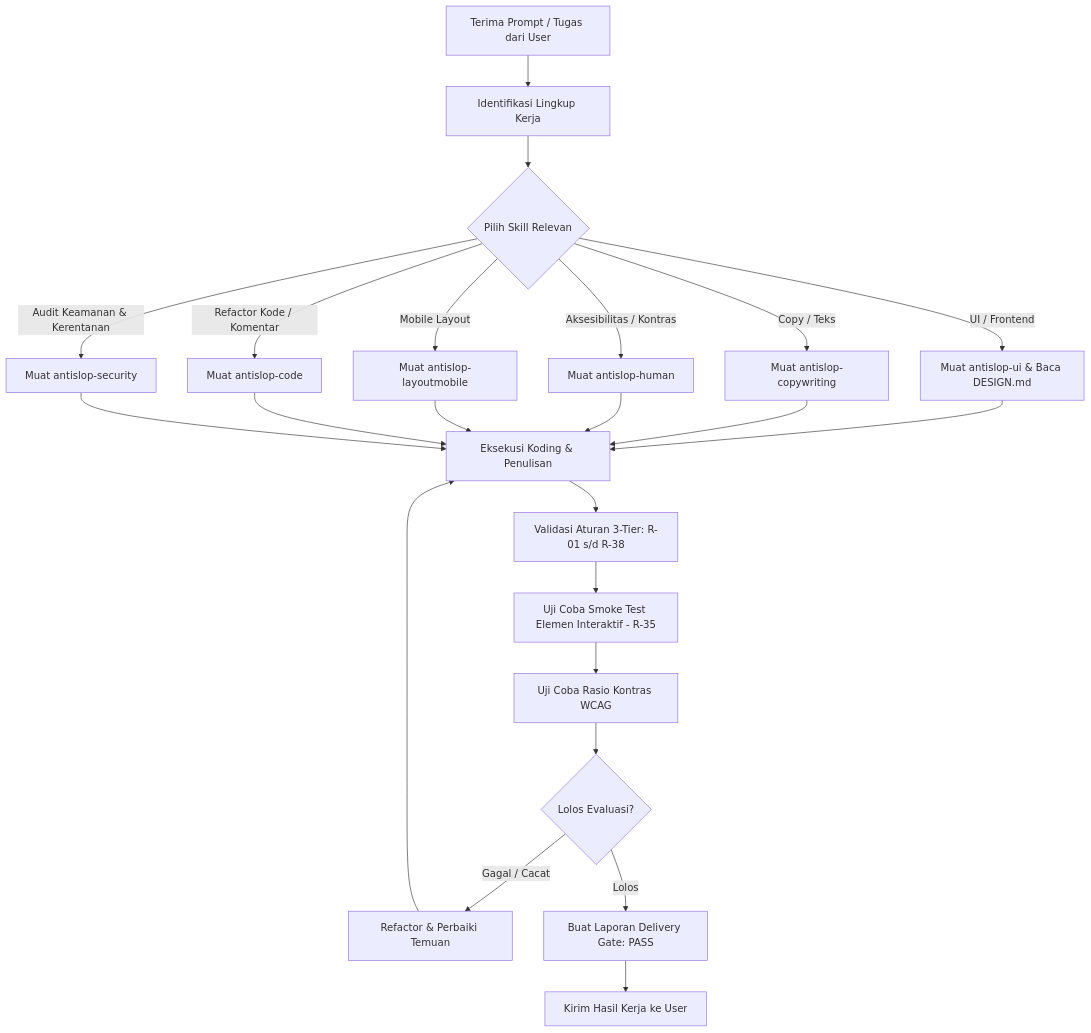
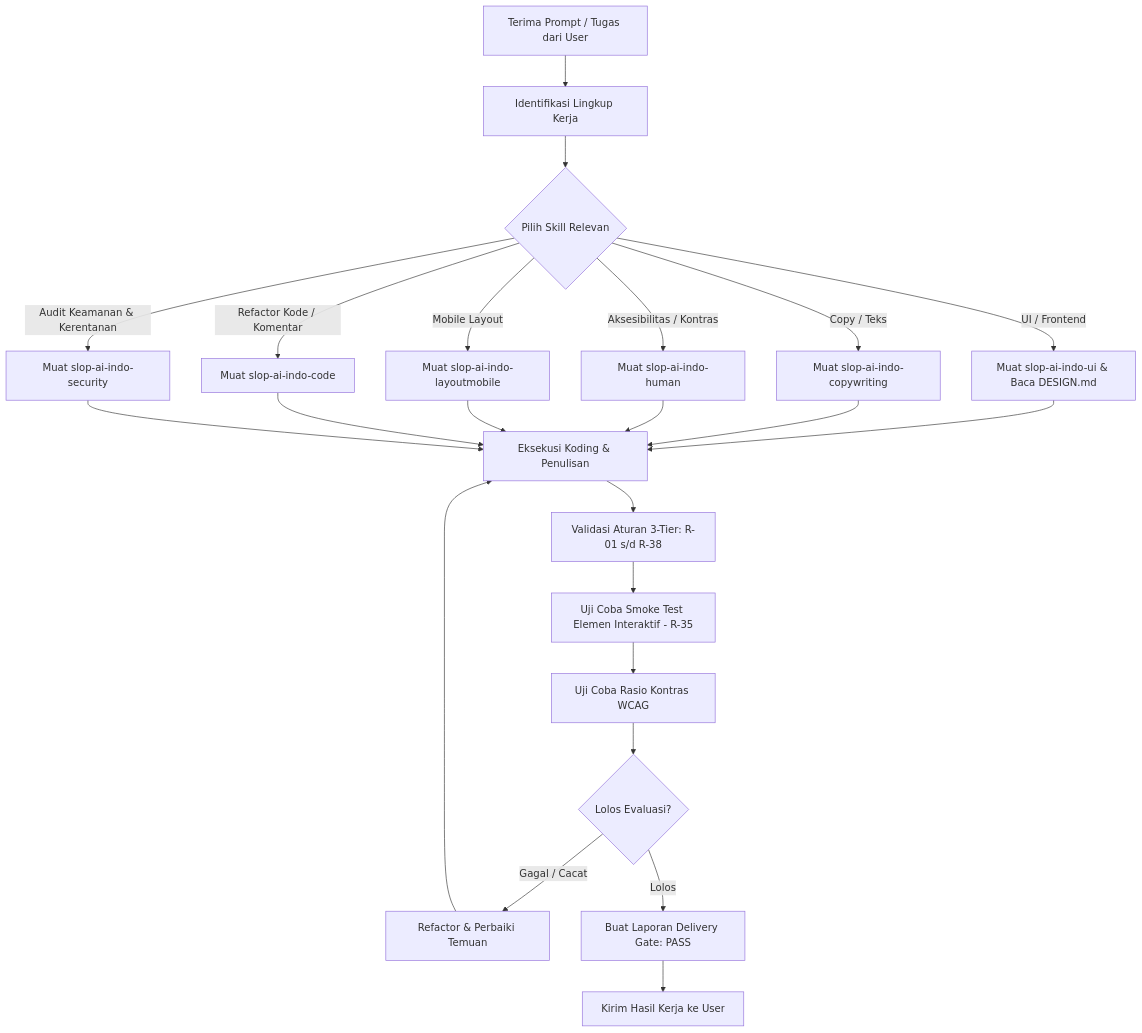
One commit to ynrlabs/slop-ai-indo changed the diagram in WORKFLOW.md. Above: the diagram before and after it, drawn with Mermaid. The commit also changed other lines of this file and 127 other files, not shown here.

````diff
--- a/WORKFLOW.md
+++ b/WORKFLOW.md
@@ -9,21 +9,21 @@
 ```mermaid
 graph TD
     A[Terima Prompt / Tugas dari User] --> B[Identifikasi Lingkup Kerja]
     B --> C{Pilih Skill Relevan}
-    C -->|UI / Frontend| D[Muat antislop-ui & Baca DESIGN.md]
-    C -->|Copy / Teks| E[Muat antislop-copywriting]
-    C -->|Aksesibilitas / Kontras| F[Muat antislop-human]
-    C -->|Mobile Layout| G[Muat antislop-layoutmobile]
-    C -->|Refactor Kode / Komentar| H[Muat antislop-code]
-    C -->|Audit Keamanan & Kerentanan| Q[Muat antislop-security]
+    C -->|UI / Frontend| D[Muat slop-ai-indo-ui & Baca DESIGN.md]
+    C -->|Copy / Teks| E[Muat slop-ai-indo-copywriting]
+    C -->|Aksesibilitas / Kontras| F[Muat slop-ai-indo-human]
+    C -->|Mobile Layout| G[Muat slop-ai-indo-layoutmobile]
+    C -->|Refactor Kode / Komentar| H[Muat slop-ai-indo-code]
+    C -->|Audit Keamanan & Kerentanan| Q[Muat slop-ai-indo-security]
     
     D & E & F & G & H & Q --> I[Eksekusi Koding & Penulisan]
     I --> J[Validasi Aturan 3-Tier: R-01 s/d R-38]
     J --> K[Uji Coba Smoke Test Elemen Interaktif - R-35]
     K --> L[Uji Coba Rasio Kontras WCAG]
     L --> M{Lolos Evaluasi?}
     M -->|Gagal / Cacat| N[Refactor & Perbaiki Temuan]
     N --> I
     M -->|Lolos| O[Buat Laporan Delivery Gate: PASS]
     O --> P[Kirim Hasil Kerja ke User]
 ```
````
